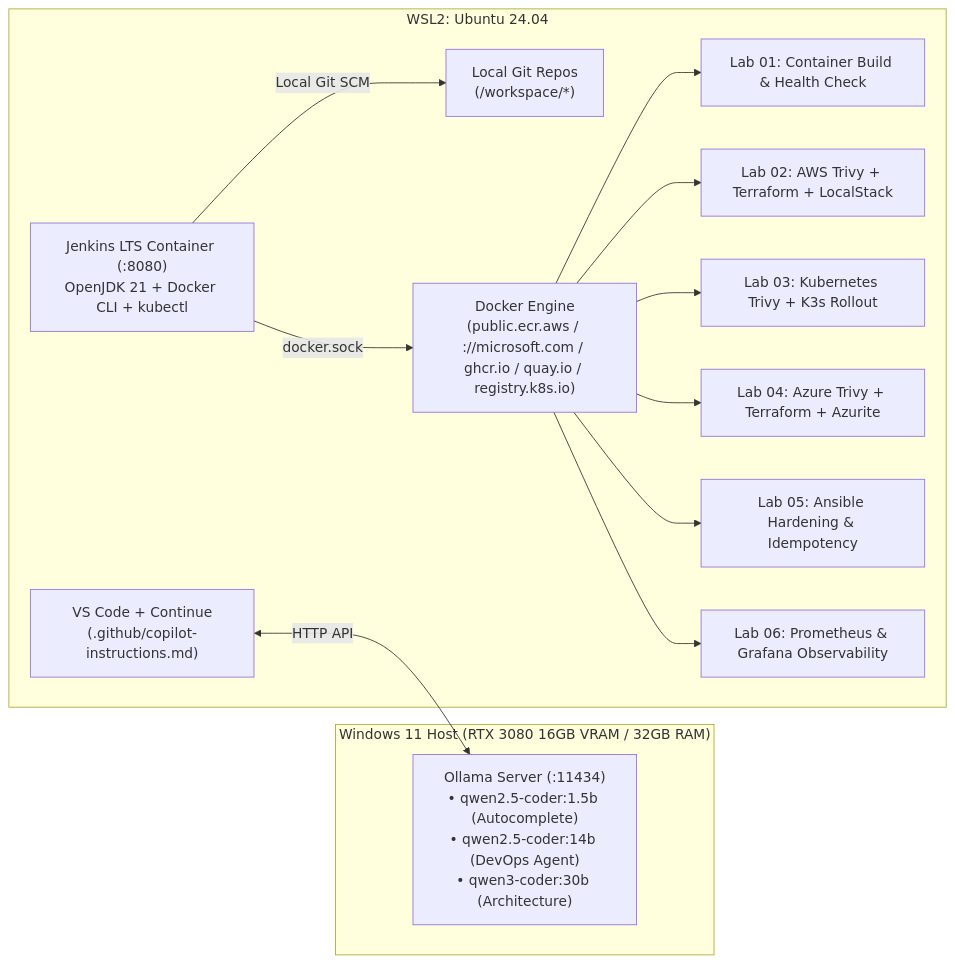
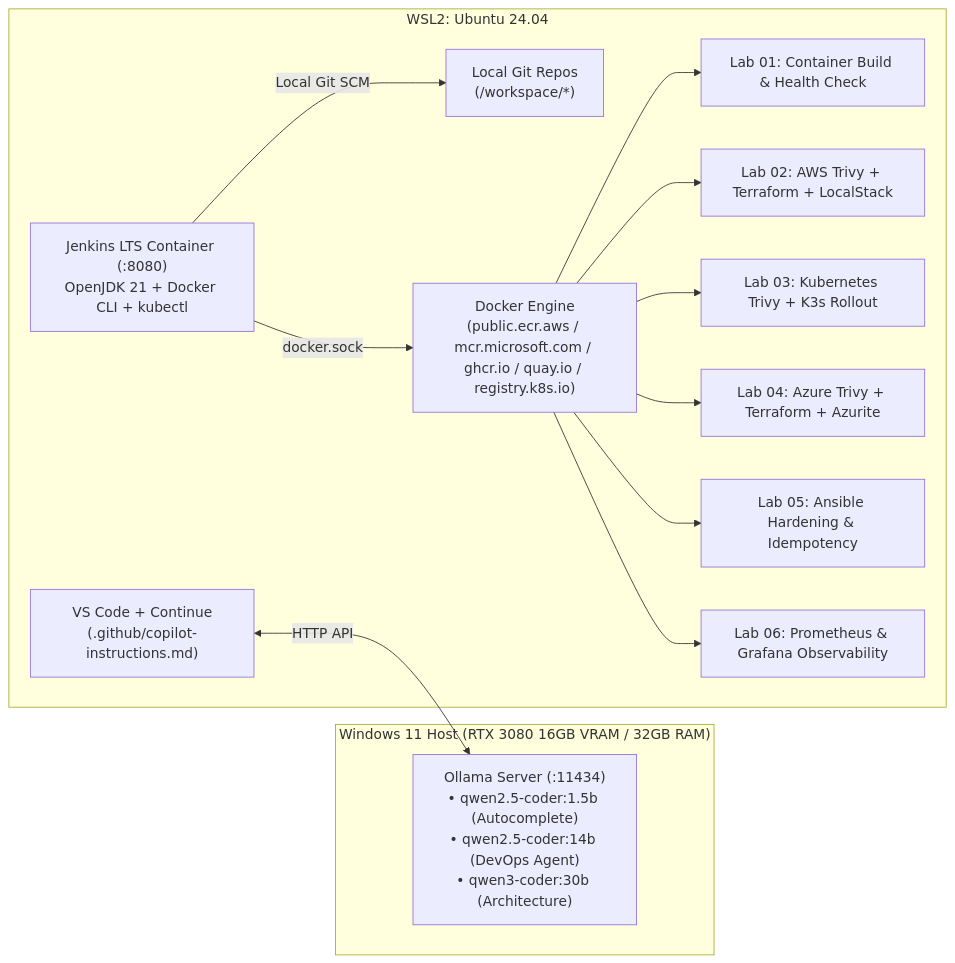
One commit to moyagoub/local-ai-devops-workstation changed the diagram in README.md. Above: the diagram before and after it, drawn with Mermaid.

Commit message:
Fix ://microsoft.com label in Mermaid diagram

````diff
--- a/README.md
+++ b/README.md
@@ -9,29 +9,29 @@
 ```mermaid
 flowchart LR
     subgraph Windows["Windows 11 Host (RTX 3080 16GB VRAM / 32GB RAM)"]
         Ollama["Ollama Server (:11434)<br/>• qwen2.5-coder:1.5b (Autocomplete)<br/>• qwen2.5-coder:14b (DevOps Agent)<br/>• qwen3-coder:30b (Architecture)"]
     end
 
     subgraph WSL["WSL2: Ubuntu 24.04"]
         VSCode["VS Code + Continue<br/>(.github/copilot-instructions.md)"]
         GitRepo["Local Git Repos<br/>(/workspace/*)"]
         Jenkins["Jenkins LTS Container (:8080)<br/>OpenJDK 21 + Docker CLI + kubectl"]
-        DockerEngine["Docker Engine<br/>(public.ecr.aws / ://microsoft.com / ghcr.io / quay.io / registry.k8s.io)"]
+        DockerEngine["Docker Engine<br/>(public.ecr.aws / mcr.microsoft.com / ghcr.io / quay.io / registry.k8s.io)"]
         Lab01["Lab 01: Container Build & Health Check"]
         Lab02["Lab 02: AWS Trivy + Terraform + LocalStack"]
         Lab03["Lab 03: Kubernetes Trivy + K3s Rollout"]
         Lab04["Lab 04: Azure Trivy + Terraform + Azurite"]
         Lab05["Lab 05: Ansible Hardening & Idempotency"]
         Lab06["Lab 06: Prometheus & Grafana Observability"]
     end
 
     VSCode <-->|"HTTP API"| Ollama
     Jenkins -->|"Local Git SCM"| GitRepo
     Jenkins -->|"docker.sock"| DockerEngine
     DockerEngine --> Lab01
     DockerEngine --> Lab02
     DockerEngine --> Lab03
     DockerEngine --> Lab04
     DockerEngine --> Lab05
     DockerEngine --> Lab06
 ```
````
